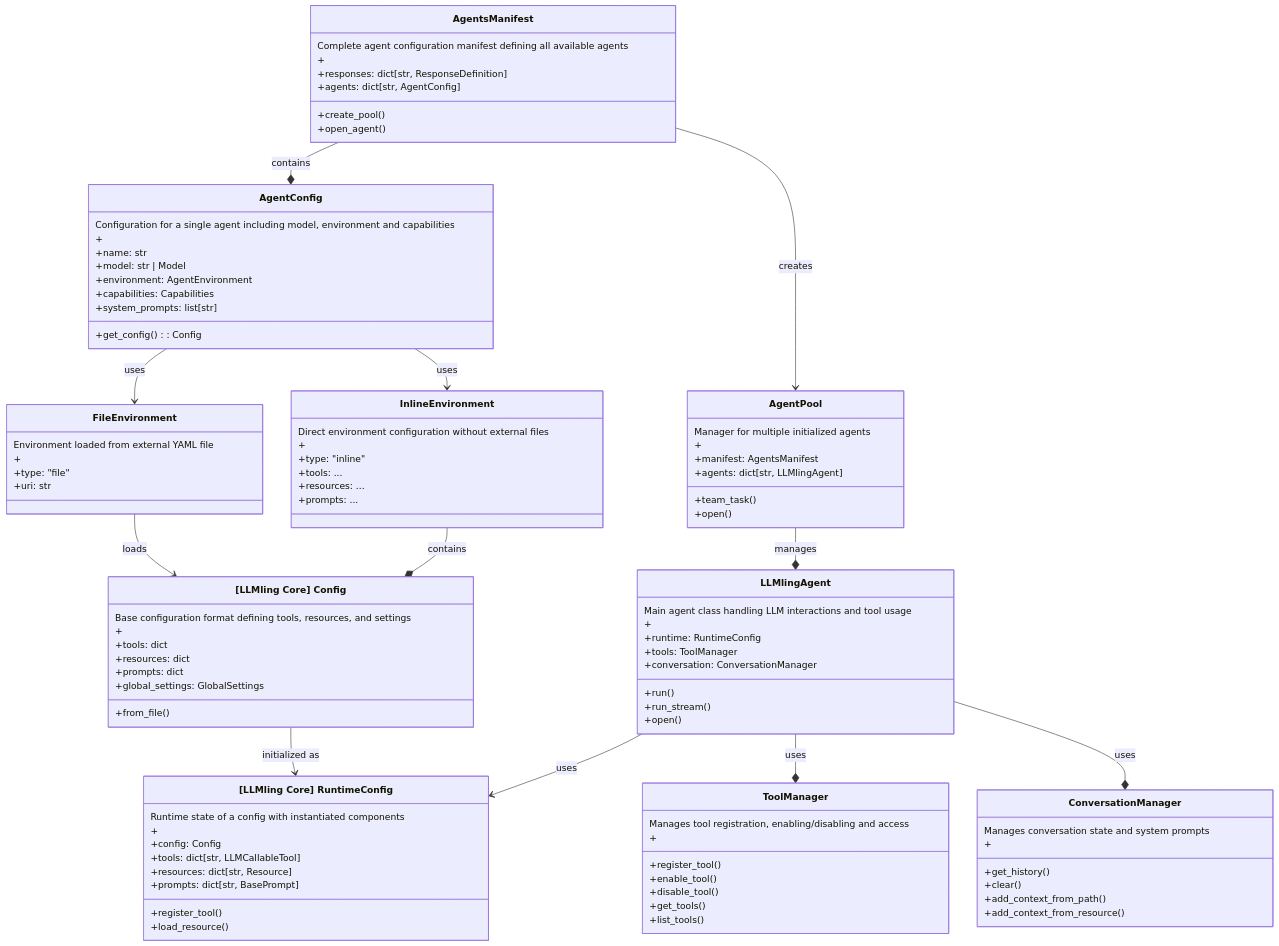
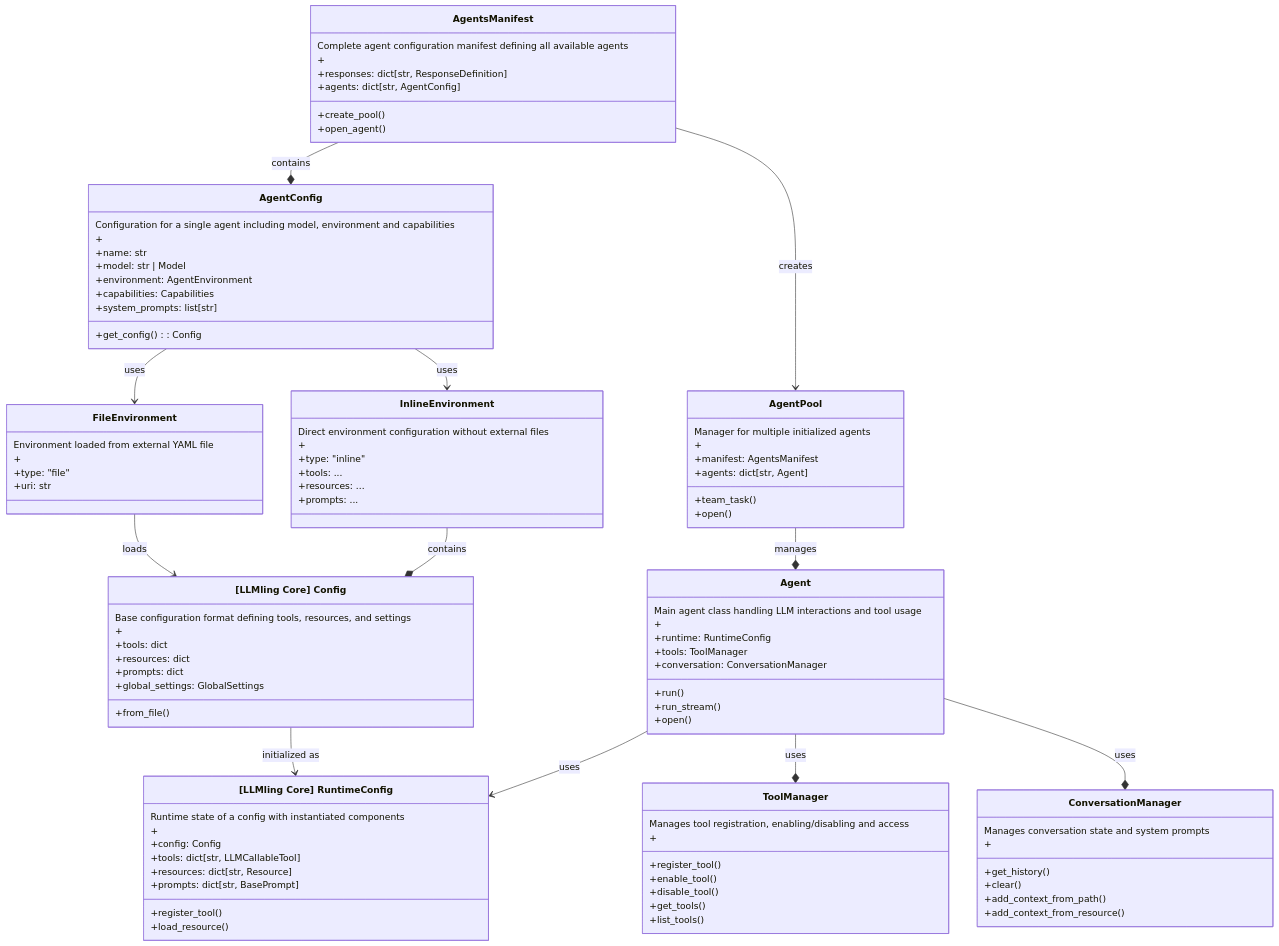
Before and after one commit to uk0/llmling-agent: the diagram in README.md, drawn with Mermaid. The commit also changed other lines of this file and 37 other files, not shown here.

```diff
--- a/README.md
+++ b/README.md
@@ -321,15 +321,15 @@
     %% Core relationships
     AgentsManifest --* AgentConfig : contains
     AgentsManifest --> AgentPool : creates
-    AgentPool --* LLMlingAgent : manages
+    AgentPool --* Agent : manages
     FileEnvironment --> Config : loads
     InlineEnvironment --* Config : contains
     Config --> RuntimeConfig : initialized as
-    LLMlingAgent --> RuntimeConfig : uses
+    Agent --> RuntimeConfig : uses
     AgentConfig --> FileEnvironment : uses
     AgentConfig --> InlineEnvironment : uses
-    LLMlingAgent --* ToolManager : uses
-    LLMlingAgent --* ConversationManager : uses
+    Agent --* ToolManager : uses
+    Agent --* ConversationManager : uses
 
     class Config ["[LLMling Core] Config"] {
         Base configuration format defining tools, resources, and settings
@@ -392,12 +392,12 @@
         Manager for multiple initialized agents
         +
         +manifest: AgentsManifest
-        +agents: dict[str, LLMlingAgent]
+        +agents: dict[str, Agent]
         +team_task()
         +open()
     }
 
-    class LLMlingAgent {
+    class Agent {
         Main agent class handling LLM interactions and tool usage
         +
         +runtime: RuntimeConfig
```
